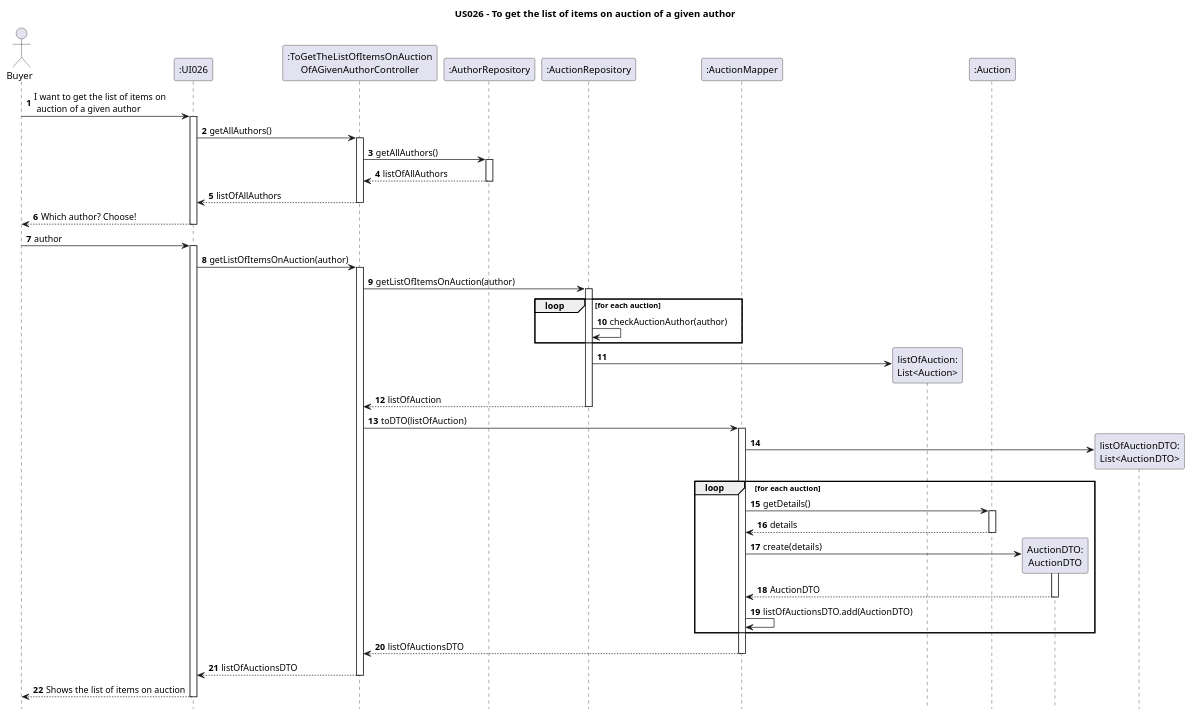
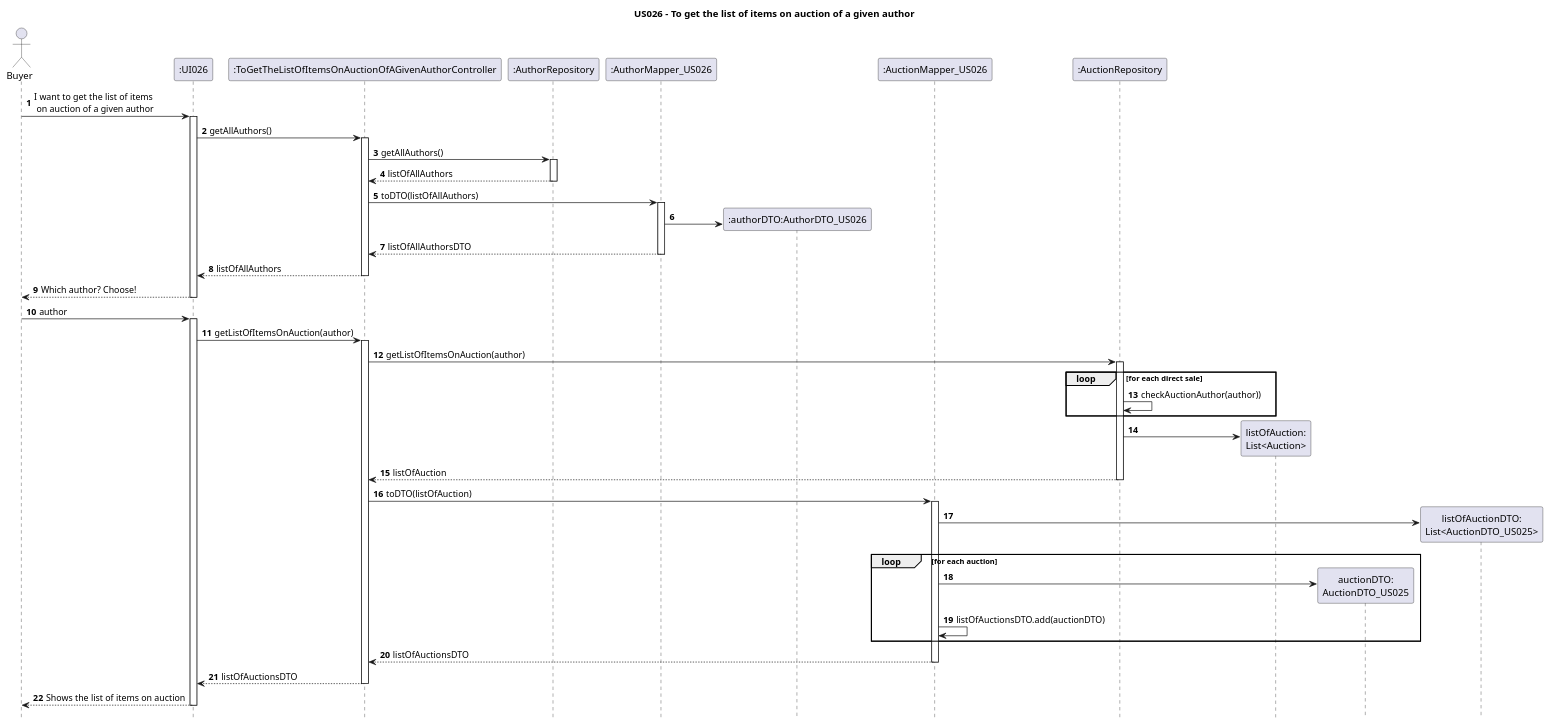
Before and after one commit to AndrePereiraGitH/SWitCH-Project-Team_A: the diagram in Diagrams/SequenceDiagrams/N2/US026-to-get-the-list-of-items-on-auction-of-a-given-author.puml, drawn with PlantUML. The commit also changed 1 other file, not shown here.

```diff
--- a/Diagrams/SequenceDiagrams/N2/US026-to-get-the-list-of-items-on-auction-of-a-given-author.puml
+++ b/Diagrams/SequenceDiagrams/N2/US026-to-get-the-list-of-items-on-auction-of-a-given-author.puml
@@ -1,79 +1,82 @@
 @startuml
 
 hide footbox
 autonumber
 title US026 - To get the list of items on auction of a given author
 
 actor Buyer
 
 ' Participants
 participant ":UI026" as UI026
-participant ":ToGetTheListOfItemsOnAuction\nOfAGivenAuthorController" as Ctrl
+participant ":ToGetTheListOfItemsOnAuctionOfAGivenAuthorController" as Ctrl
 participant ":AuthorRepository" as AuthorRepository
+participant ":AuthorMapper_US026" as AuthorMapper
+participant ":authorDTO:AuthorDTO_US026" as AuthorDTO
+participant ":AuctionMapper_US026" as Mapper
 participant ":AuctionRepository" as AuctionRepository
-participant ":AuctionMapper" as Mapper
-participant "listOfAuction:\nList<Auction>" as ListDS
-participant ":Auction" as DSDomain
-participant "AuctionDTO:\nAuctionDTO" as DTO
-participant "listOfAuctionDTO:\nList<AuctionDTO>" as ListDTO
+participant "listOfAuction:\nList<Auction>" as ListAuc
+'participant ":Auction" as DSDomain
+participant "auctionDTO:\nAuctionDTO_US025" as DTO
+participant "listOfAuctionDTO:\nList<AuctionDTO_US025>" as ListDTO
 
 
 ' Interactions
-Buyer -> UI026 : I want to get the list of items on\n auction of a given author
+Buyer -> UI026 : I want to get the list of items\n on auction of a given author
 activate UI026
 UI026 -> Ctrl : getAllAuthors()
 activate Ctrl
 Ctrl -> AuthorRepository: getAllAuthors()
 activate AuthorRepository
 AuthorRepository --> Ctrl: listOfAllAuthors
 deactivate AuthorRepository
+
+Ctrl -> AuthorMapper: toDTO(listOfAllAuthors)
+activate AuthorMapper
+'AuthorMapper -> PubDTO
+AuthorMapper -> AuthorDTO **
+AuthorMapper --> Ctrl: listOfAllAuthorsDTO
+deactivate AuthorMapper
+
 Ctrl --> UI026 : listOfAllAuthors
 deactivate Ctrl
 Buyer <-- UI026 : Which author? Choose!
 deactivate UI026
 Buyer -> UI026 : author
 activate UI026
 
 UI026 -> Ctrl : getListOfItemsOnAuction(author)
 activate Ctrl
 
 Ctrl -> AuctionRepository : getListOfItemsOnAuction(author)
 activate AuctionRepository
 
-loop for each auction
-    AuctionRepository -> AuctionRepository : checkAuctionAuthor(author)
+loop for each direct sale
+    AuctionRepository -> AuctionRepository : checkAuctionAuthor(author))
 end
 
-AuctionRepository -> ListDS ** :
+AuctionRepository -> ListAuc ** :
 AuctionRepository --> Ctrl : listOfAuction
 
 deactivate AuctionRepository
 
 Ctrl -> Mapper : toDTO(listOfAuction)
 activate Mapper
 Mapper -> ListDTO ** :
 
     loop for each auction
-        Mapper -> DSDomain : getDetails()
-        activate DSDomain
-        DSDomain --> Mapper : details
-        deactivate DSDomain
 
-        Mapper -> DTO ** : create(details)
-        activate DTO
-        DTO --> Mapper : AuctionDTO
-        deactivate DTO
+        Mapper -> DTO **
 
-        Mapper -> Mapper : listOfAuctionsDTO.add(AuctionDTO)
+        Mapper -> Mapper : listOfAuctionsDTO.add(auctionDTO)
     end
 
 Mapper --> Ctrl : listOfAuctionsDTO
 deactivate Mapper
 
 Ctrl --> UI026 : listOfAuctionsDTO
 deactivate Ctrl
 
 UI026 --> Buyer : Shows the list of items on auction
 deactivate UI026
 
 @enduml
```
